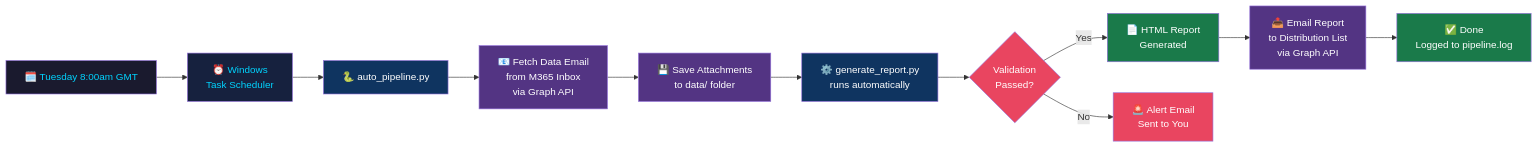
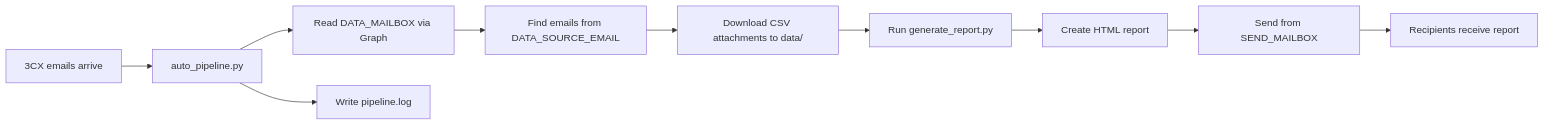
One commit to Tequila-AI-Limited/call_log_analysis changed the diagram in automation_plan.md. Above: the diagram before and after it, drawn with Mermaid. The commit also changed other lines of this file and 17 other files, not shown here.

````diff
--- a/automation_plan.md
+++ b/automation_plan.md
@@ -27,25 +120,12 @@
 ```mermaid
 flowchart LR
-    A["🗓️ Tuesday 8:00am GMT"] --> B["⏰ Windows\nTask Scheduler"]
-    B --> C["🐍 auto_pipeline.py"]
-    C --> D["📧 Fetch Data Email\nfrom M365 Inbox\nvia Graph API"]
-    D --> E["💾 Save Attachments\nto data/ folder"]
-    E --> F["⚙️ generate_report.py\nruns automatically"]
-    F --> G{"Validation\nPassed?"}
-    G -- Yes --> H["📄 HTML Report\nGenerated"]
-    G -- No --> I["🚨 Alert Email\nSent to You"]
-    H --> J["📤 Email Report\nto Distribution List\nvia Graph API"]
-    J --> K["✅ Done\nLogged to pipeline.log"]
-
-    style A fill:#1a1a2e,color:#00d4ff
-    style B fill:#16213e,color:#00d4ff
-    style C fill:#0f3460,color:#fff
-    style D fill:#533483,color:#fff
-    style E fill:#533483,color:#fff
-    style F fill:#0f3460,color:#fff
-    style G fill:#e94560,color:#fff
-    style H fill:#1a7a4a,color:#fff
-    style I fill:#e94560,color:#fff
-    style J fill:#533483,color:#fff
-    style K fill:#1a7a4a,color:#fff
+    A["3CX emails arrive"] --> B["auto_pipeline.py"]
+    B --> C["Read DATA_MAILBOX via Graph"]
+    C --> D["Find emails from DATA_SOURCE_EMAIL"]
+    D --> E["Download CSV attachments to data/"]
+    E --> F["Run generate_report.py"]
+    F --> G["Create HTML report"]
+    G --> H["Send from SEND_MAILBOX"]
+    H --> I["Recipients receive report"]
+    B --> J["Write pipeline.log"]
 ```
````
